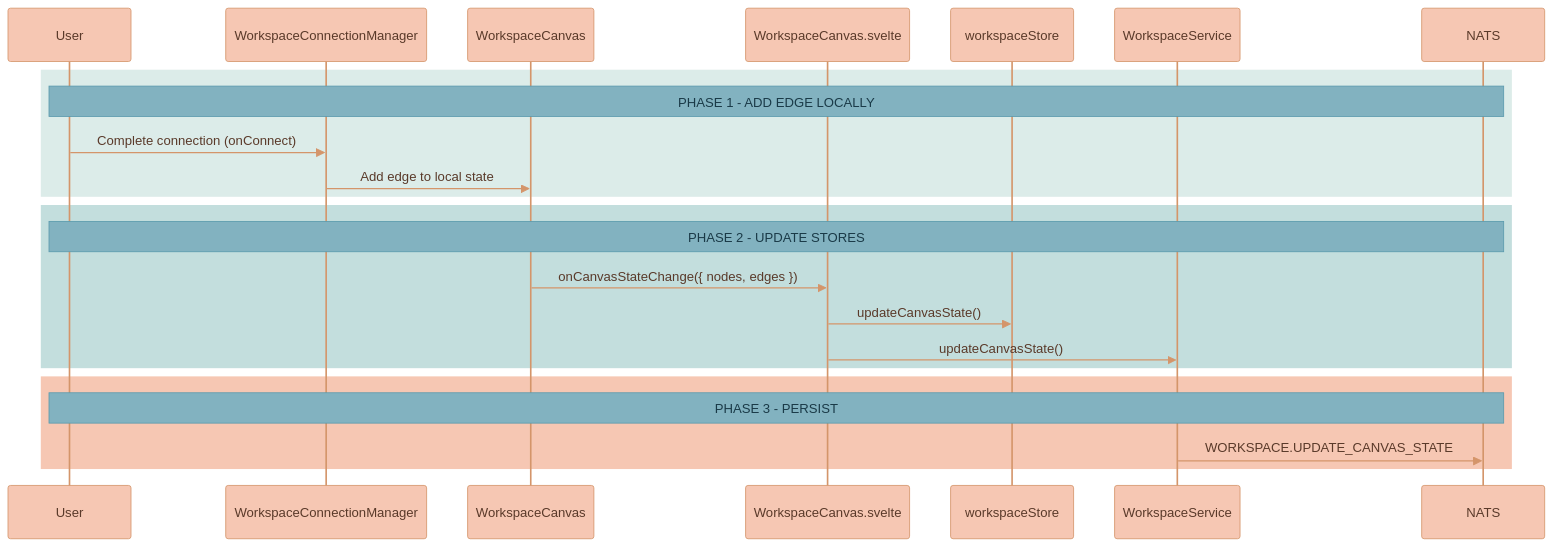
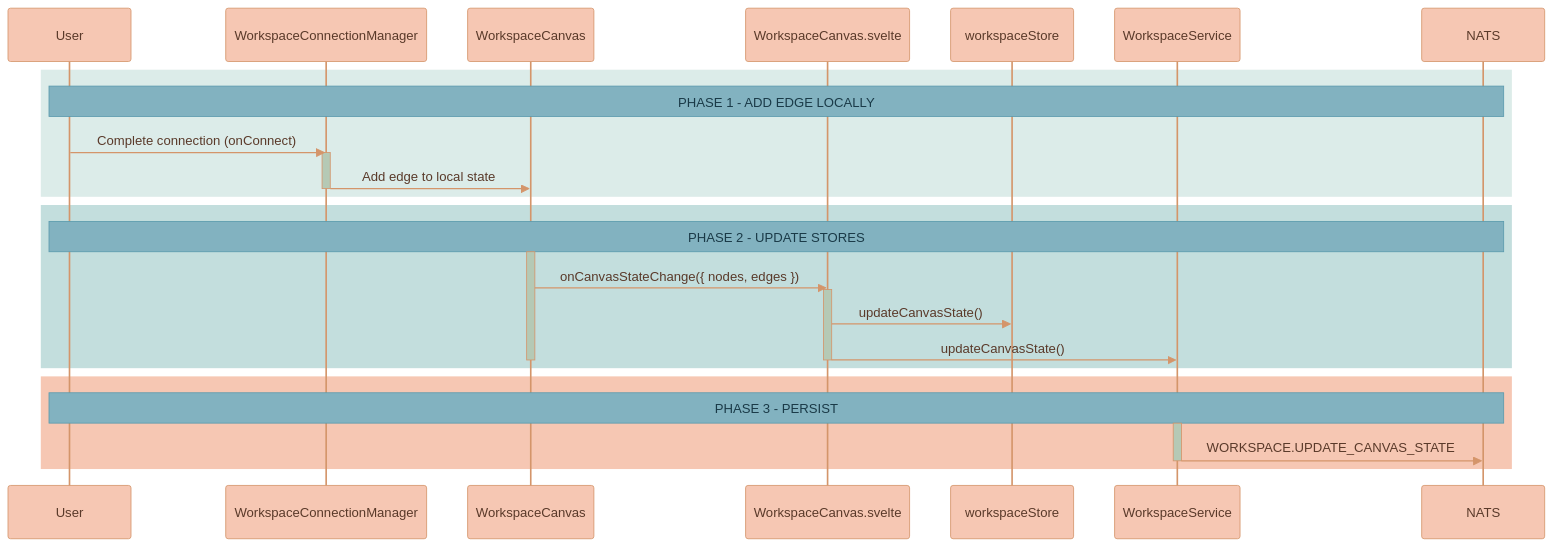
One commit to Lixpi/lixpi changed diagram 16 of 17 in documentation/features/WORKSPACE-FEATURE.md. Above: the diagram before and after it, drawn with Mermaid. The commit also changed other lines of this file and 5 other files, not shown here.

````diff
--- a/documentation/features/WORKSPACE-FEATURE.md
+++ b/documentation/features/WORKSPACE-FEATURE.md
@@ -886,37 +930,45 @@
 ```mermaid
-%%{init: {'theme': 'base', 'themeVariables': { 'noteBkgColor': '#82B2C0', 'noteTextColor': '#1a3a47', 'noteBorderColor': '#5a9aad', 'actorBkg': '#F6C7B3', 'actorBorder': '#d4956a', 'actorTextColor': '#5a3a2a', 'actorLineColor': '#d4956a', 'signalColor': '#d4956a', 'signalTextColor': '#5a3a2a', 'labelBoxBkgColor': '#F6C7B3', 'labelBoxBorderColor': '#d4956a', 'labelTextColor': '#5a3a2a', 'loopTextColor': '#5a3a2a', 'activationBorderColor': '#d4956a', 'activationBkgColor': '#C3DEDD', 'sequenceNumberColor': '#5a3a2a'}}}%%
+%%{init: {'theme': 'base', 'themeVariables': { 'noteBkgColor': '#82B2C0', 'noteTextColor': '#1a3a47', 'noteBorderColor': '#5a9aad', 'actorBkg': '#F6C7B3', 'actorBorder': '#d4956a', 'actorTextColor': '#5a3a2a', 'actorLineColor': '#d4956a', 'signalColor': '#d4956a', 'signalTextColor': '#5a3a2a', 'labelBoxBkgColor': '#F6C7B3', 'labelBoxBorderColor': '#d4956a', 'labelTextColor': '#5a3a2a', 'loopTextColor': '#5a3a2a', 'activationBorderColor': '#d4956a', 'activationBkgColor': '#B5C9B5', 'sequenceNumberColor': '#5a3a2a'}}}%%
 sequenceDiagram
     participant User
     participant WCM as WorkspaceConnectionManager
     participant WC as WorkspaceCanvas
     participant Svelte as WorkspaceCanvas.svelte
     participant Store as workspaceStore
     participant WSvc as WorkspaceService
     participant NATS
     %% ═══════════════════════════════════════════════════════════════
     %% PHASE 1: ADD EDGE LOCALLY
     %% ═══════════════════════════════════════════════════════════════
     rect rgb(220, 236, 233)
         Note over User, NATS: PHASE 1 - ADD EDGE LOCALLY
         User->>WCM: Complete connection (onConnect)
+        activate WCM
         WCM->>WC: Add edge to local state
+        deactivate WCM
     end
 
     %% ═══════════════════════════════════════════════════════════════
     %% PHASE 2: UPDATE STORES
     %% ═══════════════════════════════════════════════════════════════
     rect rgb(195, 222, 221)
         Note over User, NATS: PHASE 2 - UPDATE STORES
+        activate WC
         WC->>Svelte: onCanvasStateChange({ nodes, edges })
+        activate Svelte
         Svelte->>Store: updateCanvasState()
         Svelte->>WSvc: updateCanvasState()
+        deactivate Svelte
+        deactivate WC
     end
 
     %% ═══════════════════════════════════════════════════════════════
     %% PHASE 3: PERSIST
     %% ═══════════════════════════════════════════════════════════════
     rect rgb(246, 199, 179)
         Note over User, NATS: PHASE 3 - PERSIST
+        activate WSvc
         WSvc->>NATS: WORKSPACE.UPDATE_CANVAS_STATE
+        deactivate WSvc
     end
 ```
````
